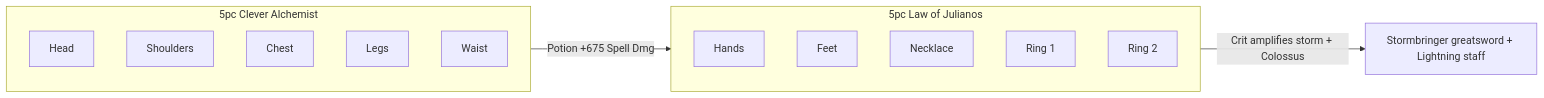
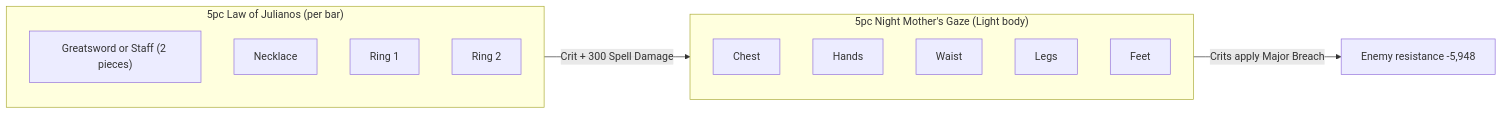
Before and after one commit to solaegis/CharacterMarkdown: the third of 3 diagrams in examples/solaegis/eu/lord_elric_of_melnibone_plan.md, drawn with Mermaid. The commit also changed other lines of this file and 10 other files, not shown here.

````diff
--- a/examples/solaegis/eu/lord_elric_of_melnibone_plan.md
+++ b/examples/solaegis/eu/lord_elric_of_melnibone_plan.md
@@ -258,19 +260,18 @@
 ```mermaid
 graph LR
-    subgraph CleverAlchemist ["5pc Clever Alchemist"]
-        C1["Head"]
-        C2["Shoulders"]
-        C3["Chest"]
-        C4["Legs"]
-        C5["Waist"]
+    subgraph NMG ["5pc Night Mother's Gaze (Light body)"]
+        N1["Chest"]
+        N2["Hands"]
+        N3["Waist"]
+        N4["Legs"]
+        N5["Feet"]
     end
-    subgraph Julianos ["5pc Law of Julianos"]
-        J1["Hands"]
-        J2["Feet"]
-        J3["Necklace"]
-        J4["Ring 1"]
-        J5["Ring 2"]
+    subgraph Julianos ["5pc Law of Julianos (per bar)"]
+        J1["Greatsword or Staff (2 pieces)"]
+        J2["Necklace"]
+        J3["Ring 1"]
+        J4["Ring 2"]
     end
-    CleverAlchemist -->|"Potion +675 Spell Dmg"| Julianos
-    Julianos -->|"Crit amplifies storm + Colossus"| Weapons["Stormbringer greatsword + Lightning staff"]
+    Julianos -->|"Crit + 300 Spell Damage"| NMG
+    NMG -->|"Crits apply Major Breach"| Target["Enemy resistance -5,948"]
 ```
````
